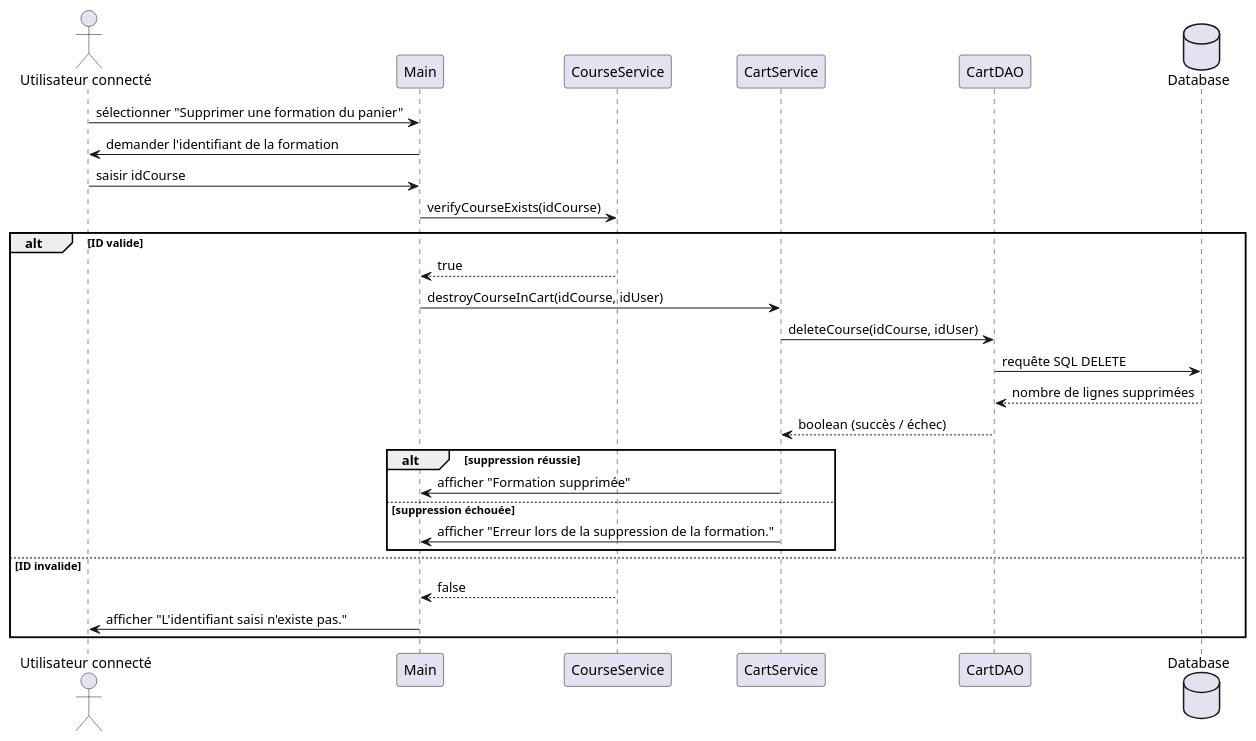
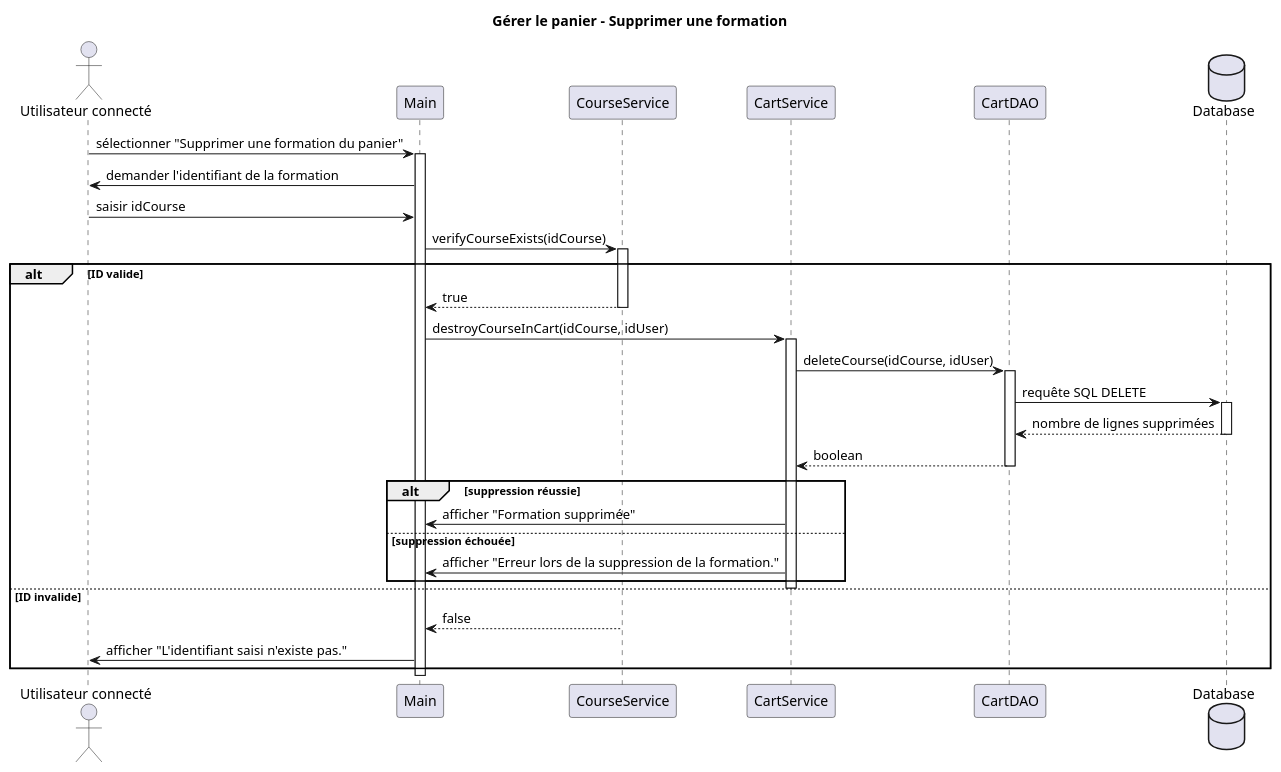
Before and after one commit to AmandineGrardLaurent/JavaEvaluationBusiness: the diagram in docs/sequence_diagrams/sequence_diagram_gerer_panier_suppression.puml, drawn with PlantUML.

Commit message:
Add lifelines to sequence_diagram_gerer_panier_suppression.puml

```diff
--- a/docs/sequence_diagrams/sequence_diagram_gerer_panier_suppression.puml
+++ b/docs/sequence_diagrams/sequence_diagram_gerer_panier_suppression.puml
@@ -1,34 +1,55 @@
 @startuml sequence diagram  gerer le panier - supprimer une formation
+title Gérer le panier - Supprimer une formation
 
 actor "Utilisateur connecté" as User
 participant "Main" as Main
 participant "CourseService" as CourseService
 participant "CartService" as CartService
 participant "CartDAO" as CartDAO
 database "Database" as DB
 
 User -> Main : sélectionner "Supprimer une formation du panier"
+activate Main
+
 Main -> User : demander l'identifiant de la formation
 User -> Main : saisir idCourse
 
 Main -> CourseService : verifyCourseExists(idCourse)
+activate CourseService
+
 alt ID valide
     CourseService --> Main : true
+    deactivate CourseService
 
     Main -> CartService : destroyCourseInCart(idCourse, idUser)
+    activate CartService
+
     CartService -> CartDAO : deleteCourse(idCourse, idUser)
+    activate CartDAO
+
     CartDAO -> DB : requête SQL DELETE
+    activate DB
+
     DB --> CartDAO : nombre de lignes supprimées
-    CartDAO --> CartService : boolean (succès / échec)
+    deactivate DB
+
+    CartDAO --> CartService : boolean
+    deactivate CartDAO
 
     alt suppression réussie
         CartService -> Main : afficher "Formation supprimée"
     else suppression échouée
         CartService -> Main : afficher "Erreur lors de la suppression de la formation."
     end
 
+    deactivate CartService
+
 else ID invalide
     CourseService --> Main : false
+    deactivate CourseService
+
     Main -> User : afficher "L'identifiant saisi n'existe pas."
 end
+
+deactivate Main
 @enduml
```
